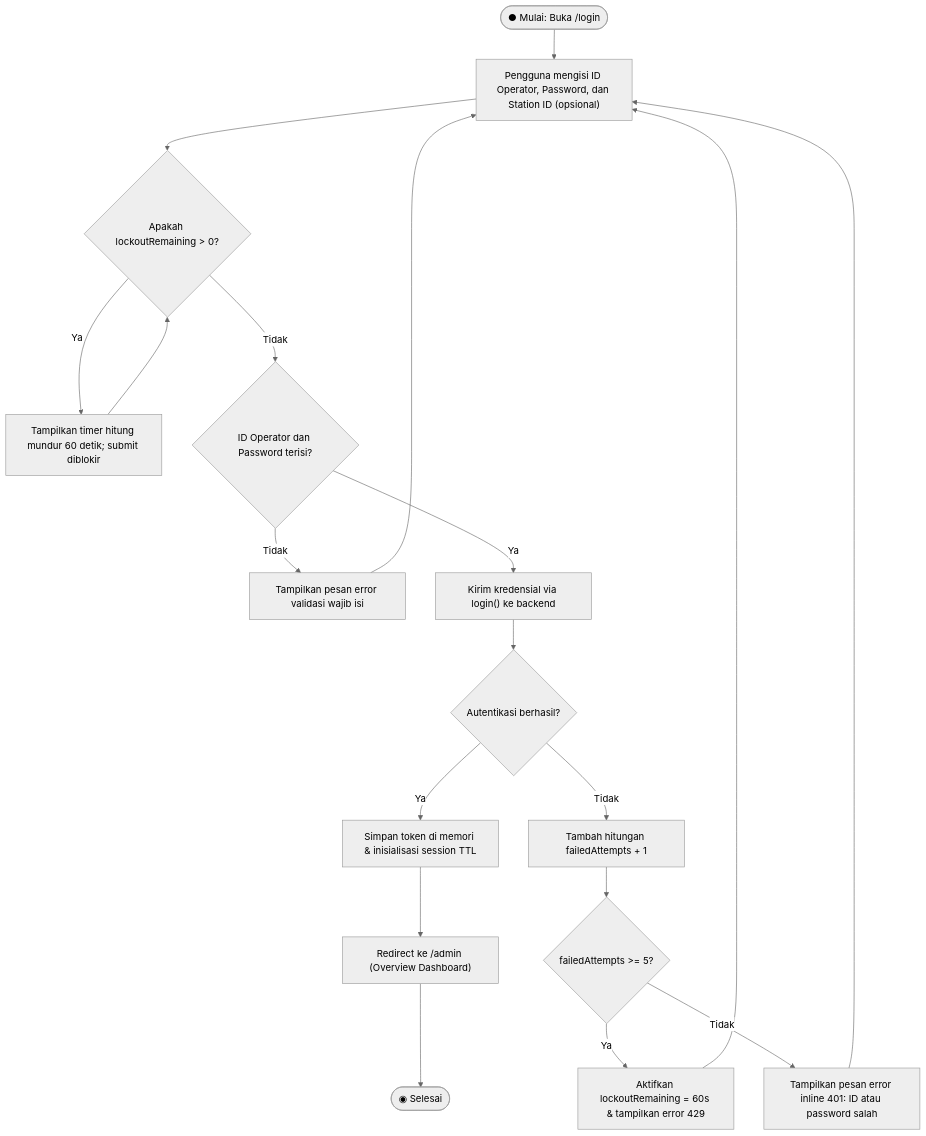
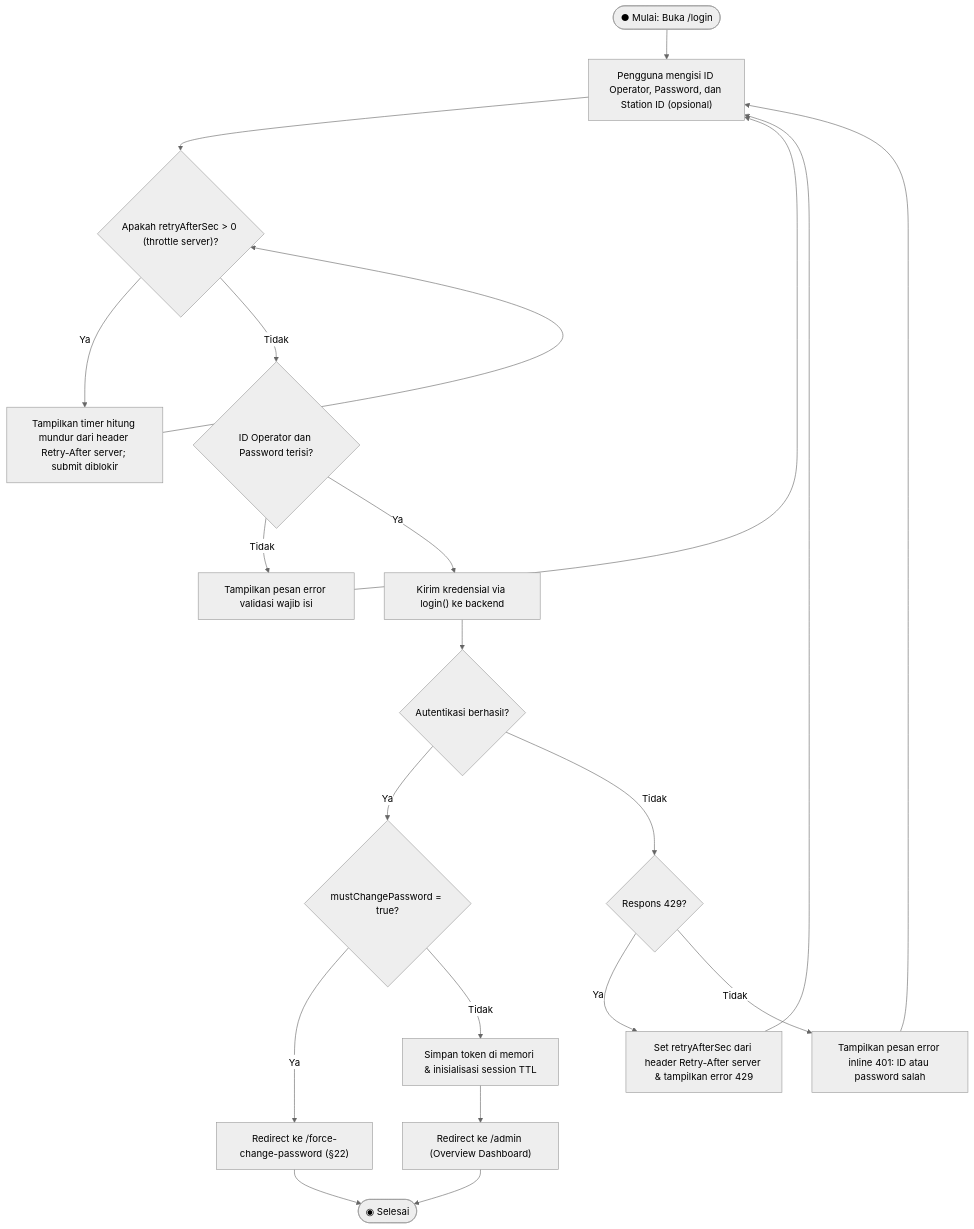
One commit to affadk/iiot-oee-admin-panel changed the first of 25 diagrams in PAGE_DOCUMENTATION.md. Above: the diagram before and after it, drawn with Mermaid (neutral theme). The commit also changed other lines of this file and 12 other files, not shown here.

````diff
--- a/PAGE_DOCUMENTATION.md
+++ b/PAGE_DOCUMENTATION.md
@@ -69,21 +93,23 @@
 ```mermaid
 flowchart TD
     Start(["● Mulai: Buka /login"]) --> Input["Pengguna mengisi ID Operator, Password, dan Station ID (opsional)"]
-    Input --> CheckLock{"Apakah lockoutRemaining > 0?"}
-    CheckLock -- Ya --> WaitLock["Tampilkan timer hitung mundur 60 detik; submit diblokir"]
-    WaitLock --> CheckLock
-    CheckLock -- Tidak --> ValidateEmpty{"ID Operator dan Password terisi?"}
+    Input --> CheckThrottle{"Apakah retryAfterSec > 0 (throttle server)?"}
+    CheckThrottle -- Ya --> WaitThrottle["Tampilkan timer hitung mundur dari header Retry-After server; submit diblokir"]
+    WaitThrottle --> CheckThrottle
+    CheckThrottle -- Tidak --> ValidateEmpty{"ID Operator dan Password terisi?"}
     ValidateEmpty -- Tidak --> ShowFieldErr["Tampilkan pesan error validasi wajib isi"]
     ShowFieldErr --> Input
     ValidateEmpty -- Ya --> SubmitAPI["Kirim kredensial via login() ke backend"]
     SubmitAPI --> AuthSuccess{"Autentikasi berhasil?"}
-    AuthSuccess -- Ya --> SaveSession["Simpan token di memori & inisialisasi session TTL"]
+    AuthSuccess -- Ya --> CheckMustChange{"mustChangePassword = true?"}
+    CheckMustChange -- Ya --> RedirectForce["Redirect ke /force-change-password (§22)"]
+    RedirectForce --> End(["◉ Selesai"])
+    CheckMustChange -- Tidak --> SaveSession["Simpan token di memori & inisialisasi session TTL"]
     SaveSession --> Redirect["Redirect ke /admin (Overview Dashboard)"]
-    Redirect --> End(["◉ Selesai"])
-    AuthSuccess -- Tidak --> IncAttempt["Tambah hitungan failedAttempts + 1"]
-    IncAttempt --> MaxAttempt{"failedAttempts >= 5?"}
-    MaxAttempt -- Ya --> SetLockout["Aktifkan lockoutRemaining = 60s & tampilkan error 429"]
-    SetLockout --> Input
-    MaxAttempt -- Tidak --> Show401["Tampilkan pesan error inline 401: ID atau password salah"]
+    Redirect --> End
+    AuthSuccess -- Tidak --> Check429{"Respons 429?"}
+    Check429 -- Ya --> SetThrottle["Set retryAfterSec dari header Retry-After server & tampilkan error 429"]
+    SetThrottle --> Input
+    Check429 -- Tidak --> Show401["Tampilkan pesan error inline 401: ID atau password salah"]
     Show401 --> Input
 ```
````
